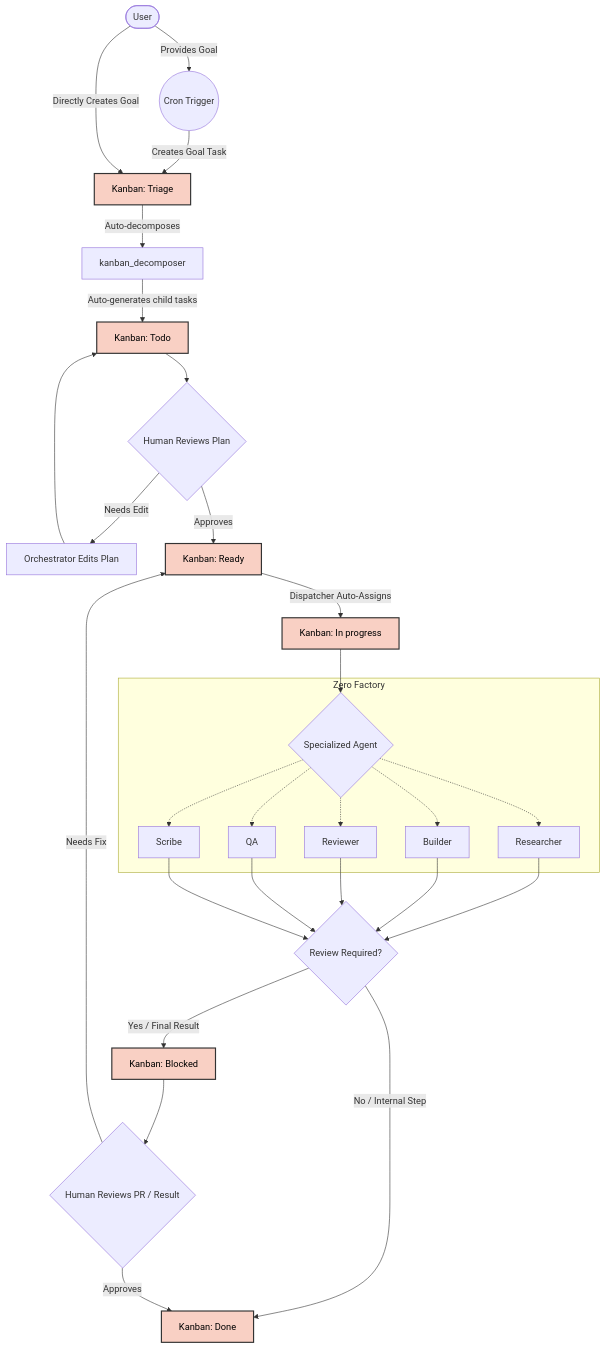
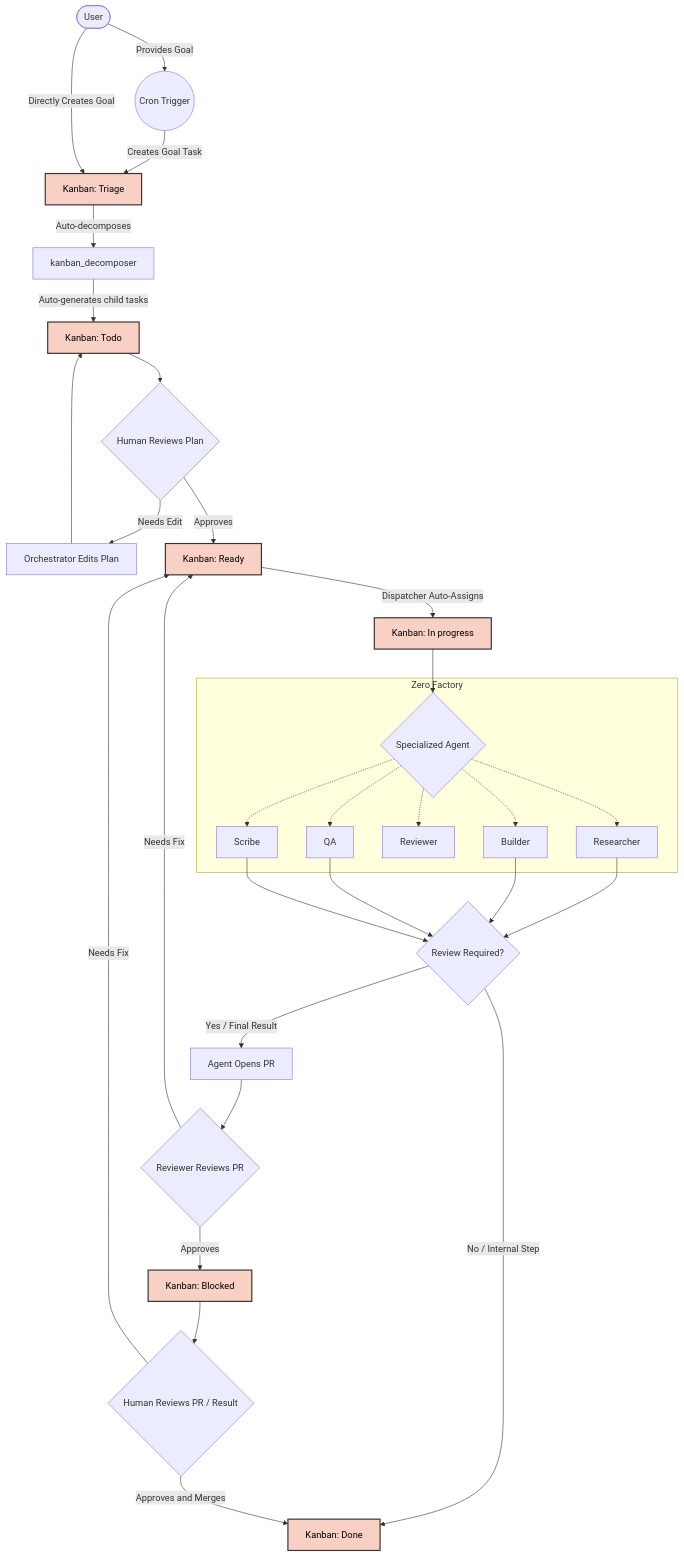
The diagram in README.md (hotcode-dev/zerofactory), drawn with Mermaid before and after one commit. The commit also changed other lines of this file and 2 other files, not shown here.

Commit message:
fix(orchestration): review workflow to have Reviewer only review PRs created by other agents

````diff
--- a/README.md
+++ b/README.md
@@ -37,44 +37,47 @@
 ```mermaid
 graph TD
     classDef kanban fill:#f9d0c4,stroke:#333,stroke-width:2px,color:#000;
     
     User([User]) -->|Provides Goal| Cron((Cron Trigger))
     Cron -->|Creates Goal Task| Triage[Kanban: Triage]:::kanban
     
     User -->|Directly Creates Goal| Triage
     
     Triage -->|Auto-decomposes| Decomposer[kanban_decomposer]
     Decomposer -->|Auto-generates child tasks| Todo[Kanban: Todo]:::kanban
     
     Todo --> HumanPlanReview{Human Reviews Plan}
     HumanPlanReview -->|Needs Edit| OrchestratorEdit[Orchestrator Edits Plan]
     OrchestratorEdit --> Todo
     HumanPlanReview -->|Approves| Ready[Kanban: Ready]:::kanban
     
     Ready -->|Dispatcher Auto-Assigns| InProgress[Kanban: In progress]:::kanban
     
     InProgress --> AgentWork{Specialized Agent}
     
     subgraph Zero Factory
         AgentWork -.-> Researcher
         AgentWork -.-> Builder
         AgentWork -.-> Reviewer
         AgentWork -.-> QA
         AgentWork -.-> Scribe
     end
     
     Researcher --> TaskComplete
     Builder --> TaskComplete
-    Reviewer --> TaskComplete
     QA --> TaskComplete
     Scribe --> TaskComplete
     
     TaskComplete{Review Required?}
     TaskComplete -->|No / Internal Step| Done[Kanban: Done]:::kanban
     
-    TaskComplete -->|Yes / Final Result| Blocked[Kanban: Blocked]:::kanban
+    TaskComplete -->|Yes / Final Result| PROpened[Agent Opens PR]
+    
+    PROpened --> ReviewerReview{Reviewer Reviews PR}
+    ReviewerReview -->|Needs Fix| Ready
+    ReviewerReview -->|Approves| Blocked[Kanban: Blocked]:::kanban
     
     Blocked --> HumanResultReview{Human Reviews PR / Result}
     HumanResultReview -->|Needs Fix| Ready
-    HumanResultReview -->|Approves| Done
+    HumanResultReview -->|Approves and Merges| Done
 ```
````
